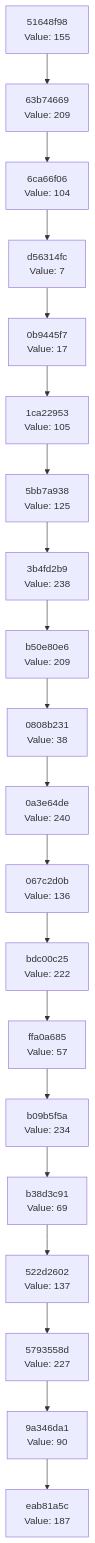
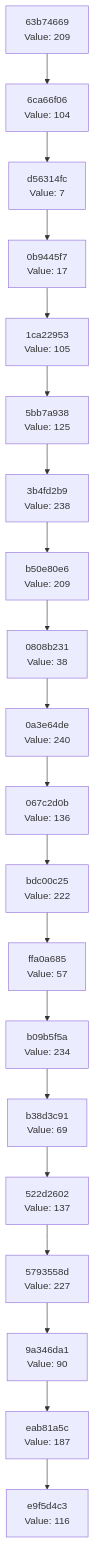
The diagram in docs/CHAIN_VISUALIZATION.md (Abhisheksinha1506/hash-chain-evolver), drawn with Mermaid before and after one commit. The commit also changed 3 other files, not shown here.

````diff
--- a/docs/CHAIN_VISUALIZATION.md
+++ b/docs/CHAIN_VISUALIZATION.md
@@ -3,42 +3,42 @@
 ```mermaid
 graph TD
-    C0["eab81a5c<br/>Value: 187"]
-    C1["9a346da1<br/>Value: 90"]
+    C0["e9f5d4c3<br/>Value: 116"]
+    C1["eab81a5c<br/>Value: 187"]
     C1 --> C0
-    C2["5793558d<br/>Value: 227"]
+    C2["9a346da1<br/>Value: 90"]
     C2 --> C1
-    C3["522d2602<br/>Value: 137"]
+    C3["5793558d<br/>Value: 227"]
     C3 --> C2
-    C4["b38d3c91<br/>Value: 69"]
+    C4["522d2602<br/>Value: 137"]
     C4 --> C3
-    C5["b09b5f5a<br/>Value: 234"]
+    C5["b38d3c91<br/>Value: 69"]
     C5 --> C4
-    C6["ffa0a685<br/>Value: 57"]
+    C6["b09b5f5a<br/>Value: 234"]
     C6 --> C5
-    C7["bdc00c25<br/>Value: 222"]
+    C7["ffa0a685<br/>Value: 57"]
     C7 --> C6
-    C8["067c2d0b<br/>Value: 136"]
+    C8["bdc00c25<br/>Value: 222"]
     C8 --> C7
-    C9["0a3e64de<br/>Value: 240"]
+    C9["067c2d0b<br/>Value: 136"]
     C9 --> C8
-    C10["0808b231<br/>Value: 38"]
+    C10["0a3e64de<br/>Value: 240"]
     C10 --> C9
-    C11["b50e80e6<br/>Value: 209"]
+    C11["0808b231<br/>Value: 38"]
     C11 --> C10
-    C12["3b4fd2b9<br/>Value: 238"]
+    C12["b50e80e6<br/>Value: 209"]
     C12 --> C11
-    C13["5bb7a938<br/>Value: 125"]
+    C13["3b4fd2b9<br/>Value: 238"]
     C13 --> C12
-    C14["1ca22953<br/>Value: 105"]
+    C14["5bb7a938<br/>Value: 125"]
     C14 --> C13
-    C15["0b9445f7<br/>Value: 17"]
+    C15["1ca22953<br/>Value: 105"]
     C15 --> C14
-    C16["d56314fc<br/>Value: 7"]
+    C16["0b9445f7<br/>Value: 17"]
     C16 --> C15
-    C17["6ca66f06<br/>Value: 104"]
+    C17["d56314fc<br/>Value: 7"]
     C17 --> C16
-    C18["63b74669<br/>Value: 209"]
+    C18["6ca66f06<br/>Value: 104"]
     C18 --> C17
-    C19["51648f98<br/>Value: 155"]
+    C19["63b74669<br/>Value: 209"]
     C19 --> C18
 ```
````
